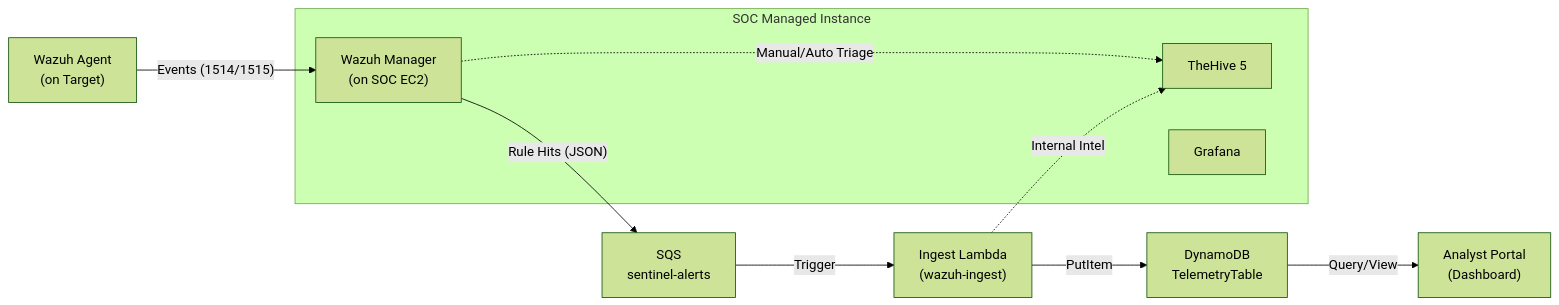
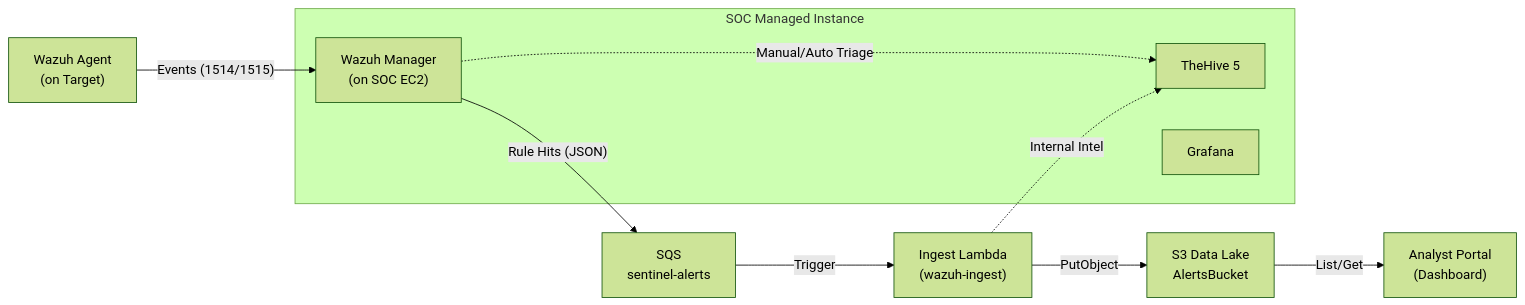
Before and after one commit to wjed/sentinel: the diagram in docs/architecture/Detection_Pipline.md, drawn with Mermaid (forest theme). The commit also changed other lines of this file and 8 other files, not shown here.

````diff
--- a/docs/architecture/Detection_Pipline.md
+++ b/docs/architecture/Detection_Pipline.md
@@ -3,26 +3,26 @@
 ```mermaid
 flowchart LR
 
 %% =========================
 %% MAIN PIPELINE
 %% =========================
 
 START["Wazuh Agent<br/>(on Target)"] -->|"Events (1514/1515)"| WAZ["Wazuh Manager<br/>(on SOC EC2)"]
 
 WAZ -->|"Rule Hits (JSON)"| Q1["SQS<br/>sentinel-alerts"]
 
 Q1 -->|"Trigger"| INGEST["Ingest Lambda<br/>(wazuh-ingest)"]
 
-INGEST -->|"PutItem"| DDB["DynamoDB<br/>TelemetryTable"]
+INGEST -->|"PutObject"| S3ALRT["S3 Data Lake<br/>AlertsBucket"]
 
-DDB -->|"Query/View"| PORTAL["Analyst Portal<br/>(Dashboard)"]
+S3ALRT -->|"List/Get"| PORTAL["Analyst Portal<br/>(Dashboard)"]
 
 subgraph "SOC Managed Instance"
     WAZ
     HIVE["TheHive 5"]
     GRAF["Grafana"]
 end
 
 WAZ -.->|"Manual/Auto Triage"| HIVE
 INGEST -.->|"Internal Intel"| HIVE
 ```
````
